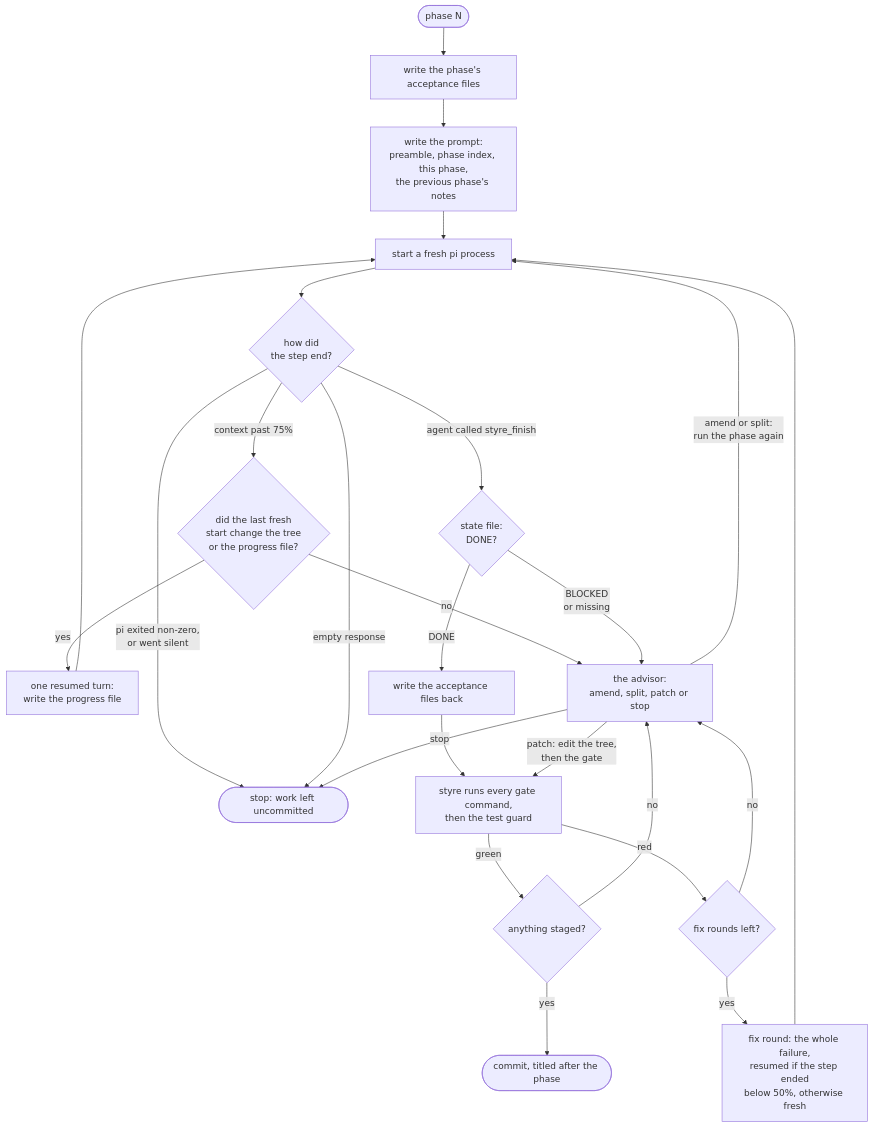
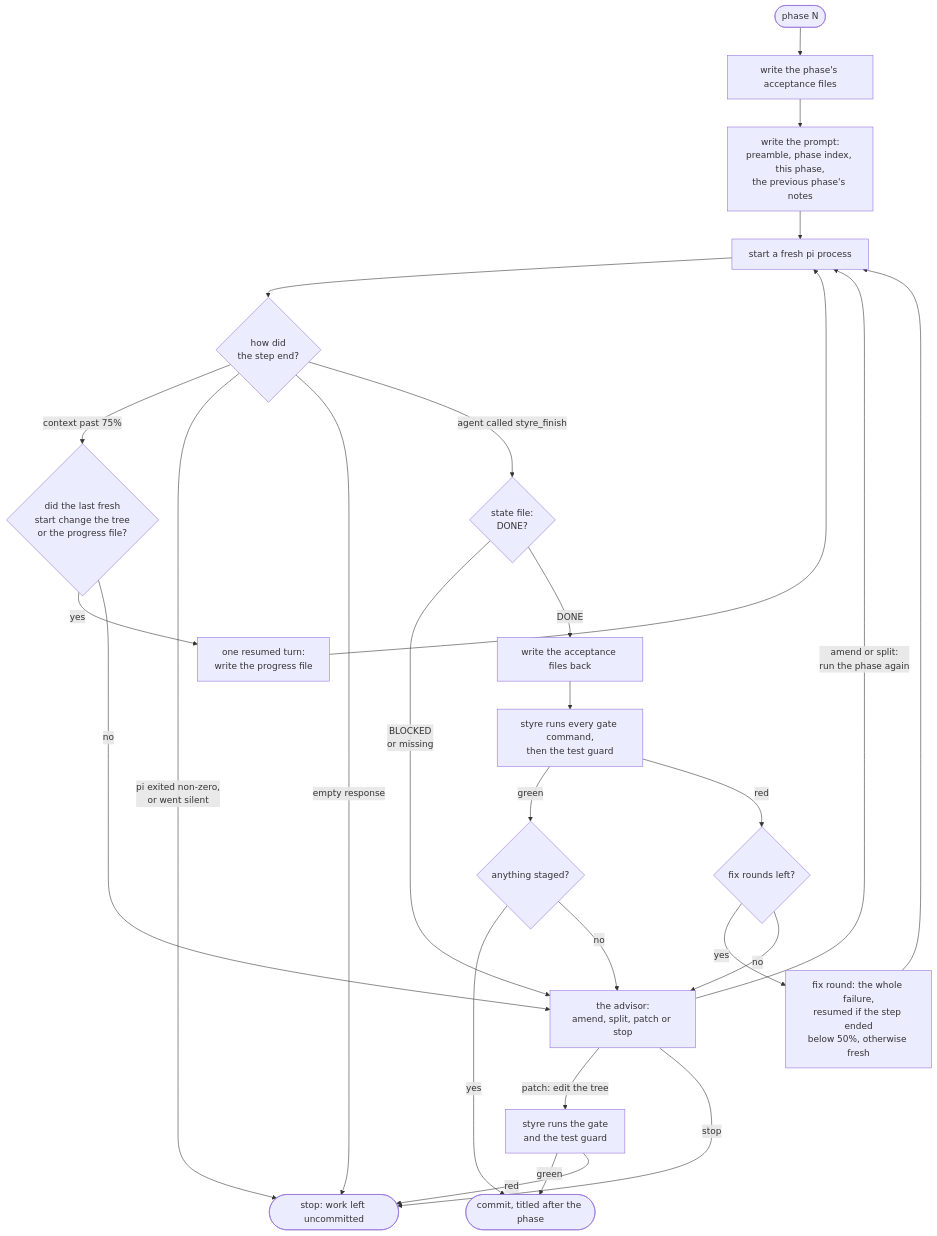
One commit to woutersm/styre changed the second of 4 diagrams in docs/architecture.md. Above: the diagram before and after it, drawn with Mermaid. The commit also changed 3 other files, not shown here.

Commit message:
M4 review: a patched phase keeps its fix rounds in the record; DIRECTOR rule 3 keeps fixing the phase text; a red patch stops in the flowchart

````diff
--- a/docs/architecture.md
+++ b/docs/architecture.md
@@ -70,28 +70,30 @@
 ```mermaid
 flowchart TD
     start([phase N]) --> accept0["write the phase's acceptance files"]
     accept0 --> prompt["write the prompt:<br/>preamble, phase index, this phase,<br/>the previous phase's notes"]
     prompt --> step["start a fresh pi process"]
     step --> ended{"how did<br/>the step end?"}
     ended -- "context past 75%" --> relays{"did the last fresh<br/>start change the tree<br/>or the progress file?"}
     relays -- yes --> handoff["one resumed turn:<br/>write the progress file"]
     handoff --> step
     relays -- no --> advisor
     ended -- "pi exited non-zero,<br/>or went silent" --> stop(["stop: work left uncommitted"])
     ended -- "empty response" --> stop
     ended -- "agent called styre_finish" --> state{"state file:<br/>DONE?"}
     state -- "BLOCKED<br/>or missing" --> advisor
     state -- DONE --> accept["write the acceptance files back"]
     accept --> gate["styre runs every gate command,<br/>then the test guard"]
     gate -- green --> diff{"anything staged?"}
     diff -- yes --> commit(["commit, titled after the phase"])
     diff -- no --> advisor
     gate -- red --> retries{"fix rounds left?"}
     retries -- yes --> fix["fix round: the whole failure,<br/>resumed if the step ended<br/>below 50%, otherwise fresh"]
     fix --> step
     retries -- no --> advisor
     advisor["the advisor:<br/>amend, split, patch or stop"]
     advisor -- "amend or split:<br/>run the phase again" --> step
-    advisor -- "patch: edit the tree,<br/>then the gate" --> gate
+    advisor -- "patch: edit the tree" --> pgate["styre runs the gate<br/>and the test guard"]
+    pgate -- green --> commit
+    pgate -- red --> stop
     advisor -- "stop" --> stop
 ```
````
